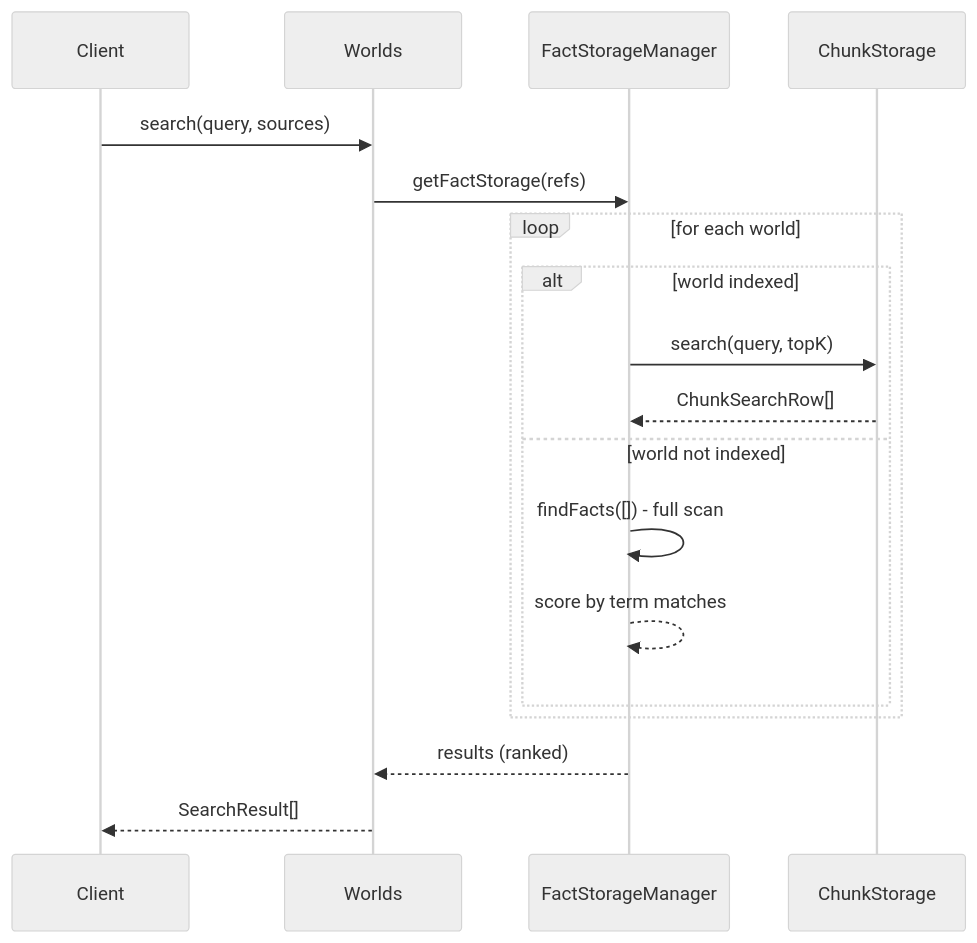
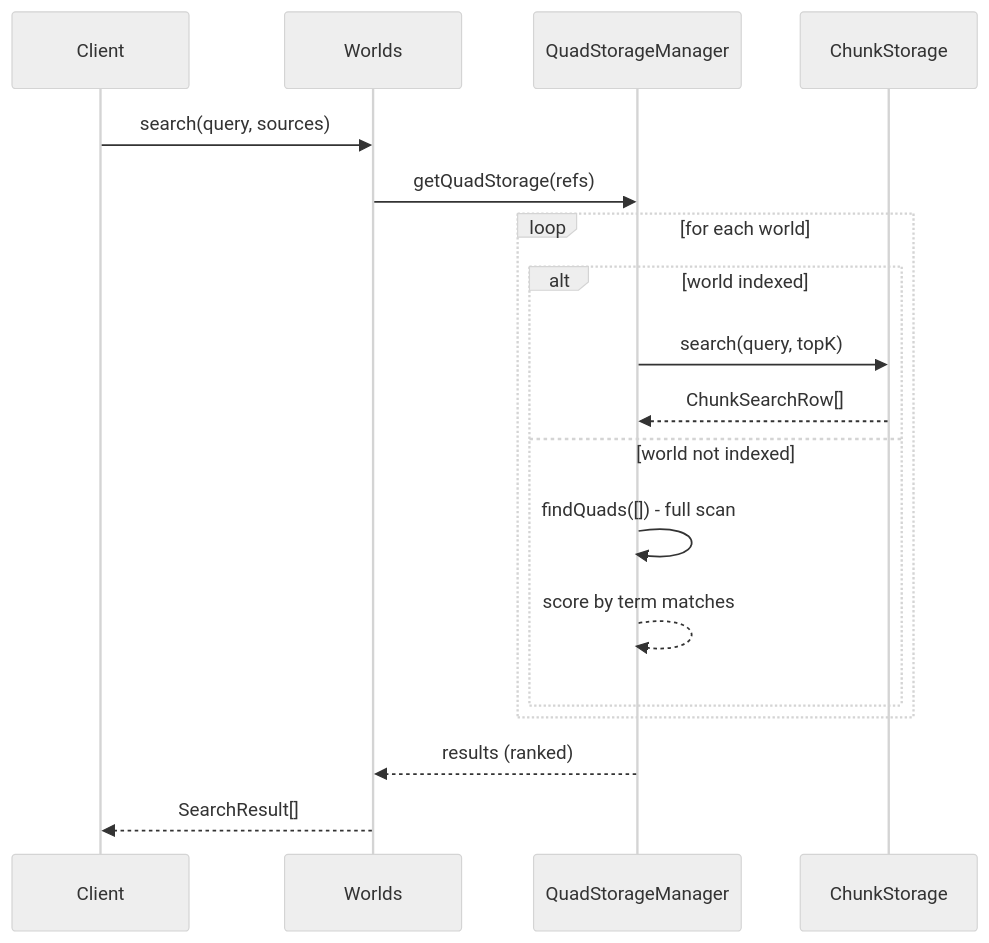
The third of 5 diagrams in docs/ARCHITECTURE.md (wazootech/worlds-api), drawn with Mermaid (neutral theme) before and after one commit. The commit also changed other lines of this file and 27 other files, not shown here.

First line of the commit message:
refactor: rename fact storage APIs to quad storage

````diff
--- a/docs/ARCHITECTURE.md
+++ b/docs/ARCHITECTURE.md
@@ -185,23 +185,23 @@
 ```mermaid
 sequenceDiagram
     participant Client
     participant Worlds
-    participant FactStorageManager
+    participant QuadStorageManager
     participant ChunkStorage
     
     Client->>Worlds: search(query, sources)
-    Worlds->>FactStorageManager: getFactStorage(refs)
+    Worlds->>QuadStorageManager: getQuadStorage(refs)
     
     loop for each world
         alt world indexed
-            FactStorageManager->>ChunkStorage: search(query, topK)
-            ChunkStorage-->>FactStorageManager: ChunkSearchRow[]
+            QuadStorageManager->>ChunkStorage: search(query, topK)
+            ChunkStorage-->>QuadStorageManager: ChunkSearchRow[]
         else world not indexed
-            FactStorageManager->>FactStorageManager: findFacts([]) - full scan
-            FactStorageManager-->>FactStorageManager: score by term matches
+            QuadStorageManager->>QuadStorageManager: findQuads([]) - full scan
+            QuadStorageManager-->>QuadStorageManager: score by term matches
         end
     end
     
-    FactStorageManager-->>Worlds: results (ranked)
+    QuadStorageManager-->>Worlds: results (ranked)
     Worlds-->>Client: SearchResult[]
 ```
````
